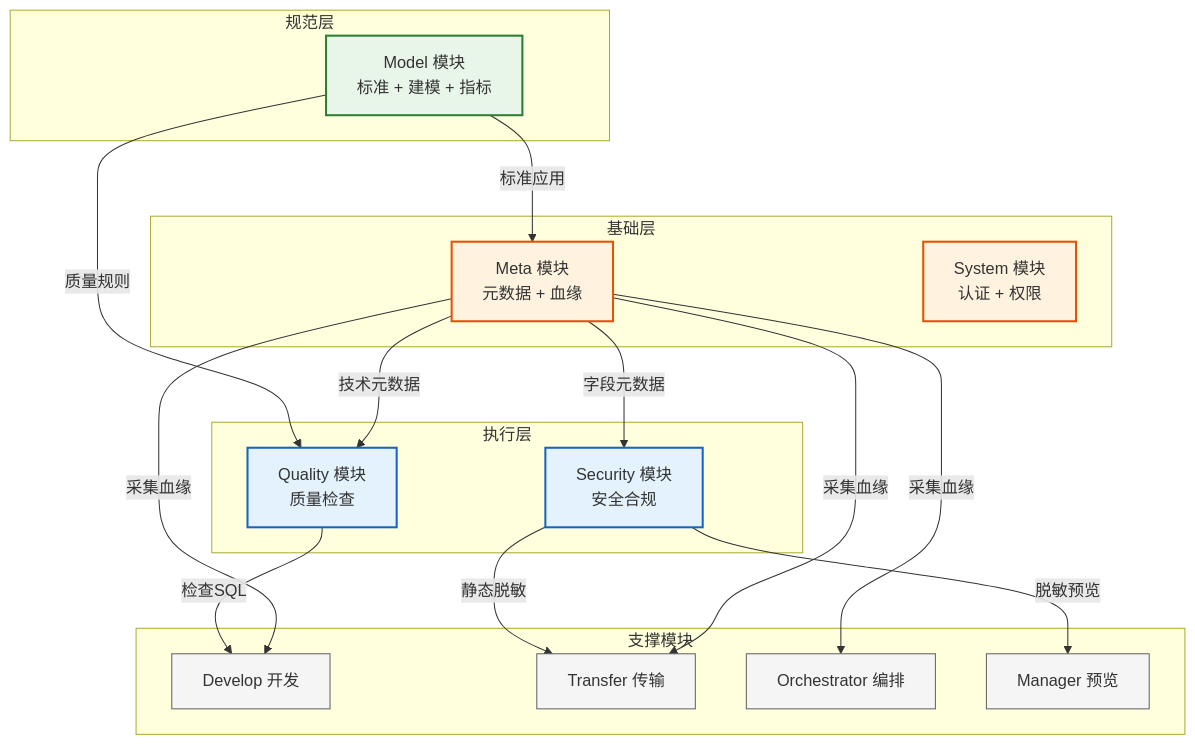
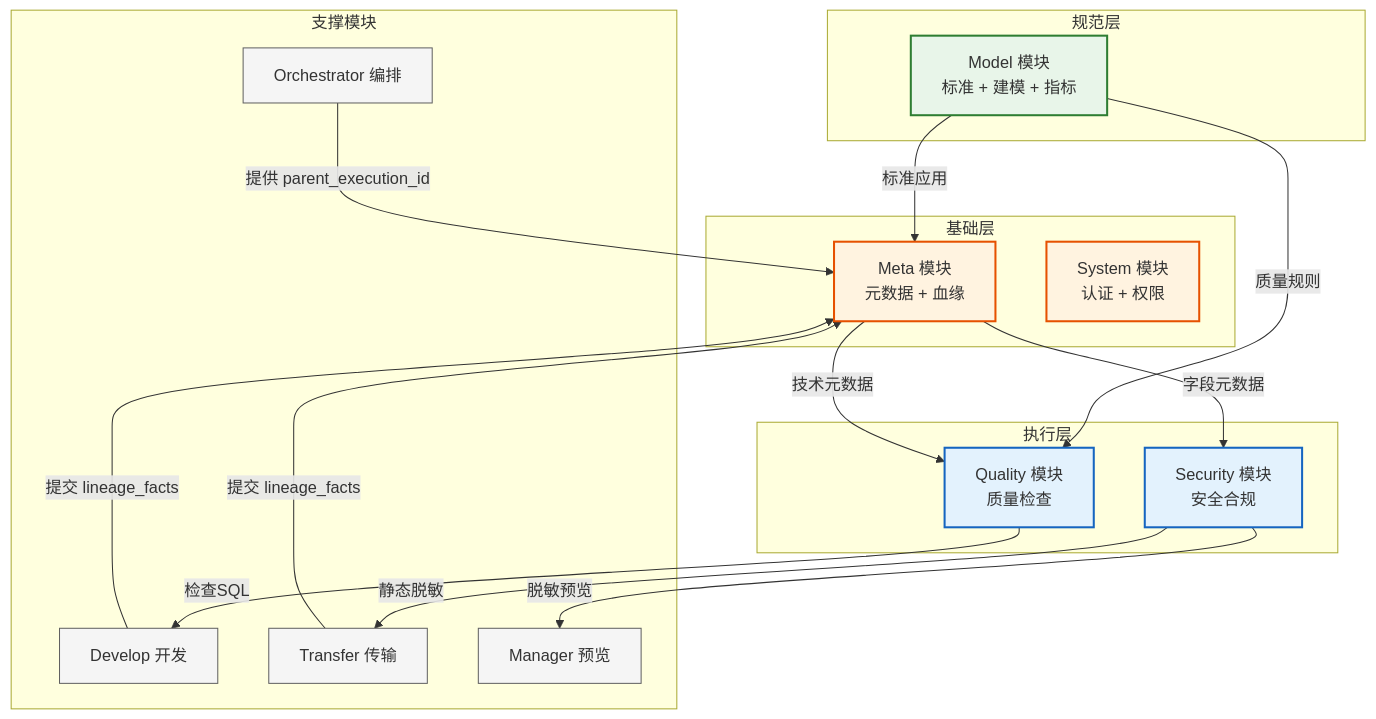
One commit to pampa0629/addp changed the second of 2 diagrams in docs/plan/数据治理模块群规划.md. Above: the diagram before and after it, drawn with Mermaid. The commit also changed other lines of this file and 665 other files, not shown here.

````diff
--- a/docs/plan/数据治理模块群规划.md
+++ b/docs/plan/数据治理模块群规划.md
@@ -286,44 +247,44 @@
 ```mermaid
 graph TB
     subgraph "基础层"
         Meta[Meta 模块<br/>元数据 + 血缘]
         System[System 模块<br/>认证 + 权限]
     end
 
     subgraph "规范层"
         Model[Model 模块<br/>标准 + 建模 + 指标]
     end
 
     subgraph "执行层"
         Quality[Quality 模块<br/>质量检查]
         Security[Security 模块<br/>安全合规]
     end
 
     subgraph "支撑模块"
         Develop[Develop 开发]
         Transfer[Transfer 传输]
         Orchestrator[Orchestrator 编排]
         Manager[Manager 预览]
     end
 
     Model -->|"标准应用"| Meta
     Model -->|"质量规则"| Quality
     Meta -->|"技术元数据"| Quality
     Meta -->|"字段元数据"| Security
     Quality -->|"检查SQL"| Develop
     Security -->|"脱敏预览"| Manager
     Security -->|"静态脱敏"| Transfer
-    Meta -->|"采集血缘"| Transfer
-    Meta -->|"采集血缘"| Develop
-    Meta -->|"采集血缘"| Orchestrator
+    Transfer -->|"提交 lineage_facts"| Meta
+    Develop -->|"提交 lineage_facts"| Meta
+    Orchestrator -->|"提供 parent_execution_id"| Meta
 
     classDef base fill:#fff3e0,stroke:#e65100,stroke-width:2px
     classDef standard fill:#e8f5e9,stroke:#2e7d32,stroke-width:2px
     classDef execute fill:#e3f2fd,stroke:#1565c0,stroke-width:2px
     classDef support fill:#f5f5f5,stroke:#616161
 
     class Meta,System base
     class Model standard
     class Quality,Security execute
     class Develop,Transfer,Orchestrator,Manager support
 ```
````
